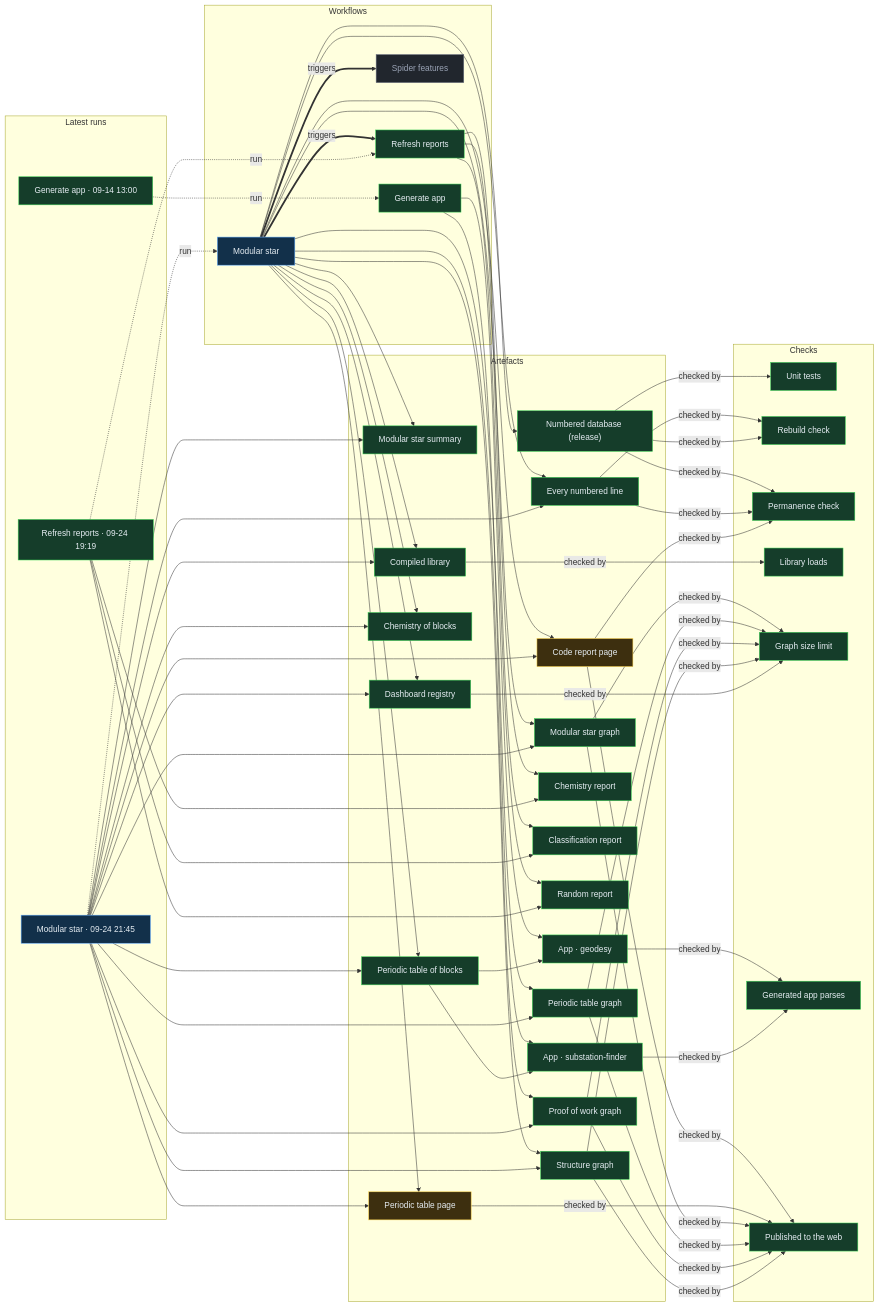
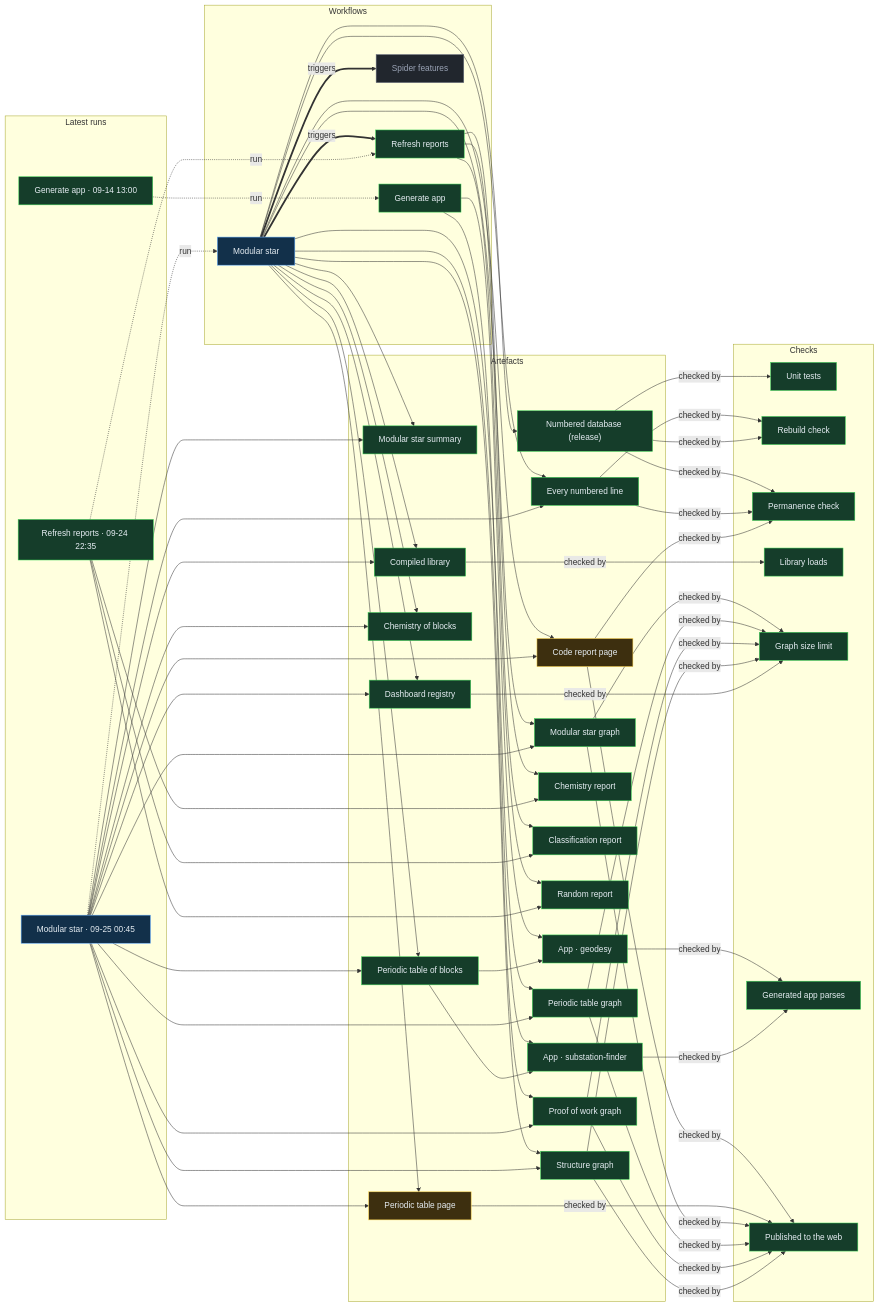
Before and after one commit to Ventusltd/stars: the diagram in proof/PROOF.md, drawn with Mermaid. The commit also changed other lines of this file and 130 other files, not shown here.

Commit message:
Modular star 2026-09-25T00:47Z

```diff
--- a/proof/PROOF.md
+++ b/proof/PROOF.md
@@ -24,8 +24,8 @@
   n_wf_spider_features["Spider features"]:::off
   end
   subgraph g_runs["Latest runs"]
-  n_run_36063487306["Modular star · 09-24 21:45"]:::live
-  n_run_36047373991["Refresh reports · 09-24 19:19"]:::ok
+  n_run_36079038461["Modular star · 09-25 00:45"]:::live
+  n_run_36068251886["Refresh reports · 09-24 22:35"]:::ok
   n_run_34846587798["Generate app · 09-14 13:00"]:::ok
   end
   subgraph g_artefacts["Artefacts"]
@@ -59,39 +59,39 @@
   end
   n_wf_modular_star == triggers ==> n_wf_refresh
   n_wf_modular_star == triggers ==> n_wf_spider_features
-  n_run_36063487306 -. run .-> n_wf_modular_star
-  n_run_36047373991 -. run .-> n_wf_refresh
+  n_run_36079038461 -. run .-> n_wf_modular_star
+  n_run_36068251886 -. run .-> n_wf_refresh
   n_run_34846587798 -. run .-> n_wf_generate
   n_wf_modular_star --> n_art_summary
-  n_run_36063487306 --> n_art_summary
+  n_run_36079038461 --> n_art_summary
   n_wf_modular_star --> n_art_lines
-  n_run_36063487306 --> n_art_lines
+  n_run_36079038461 --> n_art_lines
   n_wf_modular_star --> n_art_code
-  n_run_36063487306 --> n_art_code
+  n_run_36079038461 --> n_art_code
   n_wf_modular_star --> n_art_modular_graph
-  n_run_36063487306 --> n_art_modular_graph
+  n_run_36079038461 --> n_art_modular_graph
   n_wf_modular_star --> n_art_blocks
-  n_run_36063487306 --> n_art_blocks
+  n_run_36079038461 --> n_art_blocks
   n_wf_modular_star --> n_art_table
-  n_run_36063487306 --> n_art_table
+  n_run_36079038461 --> n_art_table
   n_wf_modular_star --> n_art_blocks_graph
-  n_run_36063487306 --> n_art_blocks_graph
+  n_run_36079038461 --> n_art_blocks_graph
   n_wf_modular_star --> n_art_reactions
-  n_run_36063487306 --> n_art_reactions
+  n_run_36079038461 --> n_art_reactions
   n_wf_modular_star --> n_art_library
-  n_run_36063487306 --> n_art_library
+  n_run_36079038461 --> n_art_library
   n_wf_modular_star --> n_art_features
-  n_run_36063487306 --> n_art_features
+  n_run_36079038461 --> n_art_features
   n_wf_modular_star --> n_art_proof
-  n_run_36063487306 --> n_art_proof
+  n_run_36079038461 --> n_art_proof
   n_wf_modular_star --> n_art_structure
-  n_run_36063487306 --> n_art_structure
+  n_run_36079038461 --> n_art_structure
   n_wf_refresh --> n_art_chemistry
-  n_run_36047373991 --> n_art_chemistry
+  n_run_36068251886 --> n_art_chemistry
   n_wf_refresh --> n_art_vedic
-  n_run_36047373991 --> n_art_vedic
+  n_run_36068251886 --> n_art_vedic
   n_wf_refresh --> n_art_random
-  n_run_36047373991 --> n_art_random
+  n_run_36068251886 --> n_art_random
   n_wf_modular_star --> n_art_release
   n_wf_generate --> n_app_geodesy
   n_art_blocks --> n_app_geodesy
```
